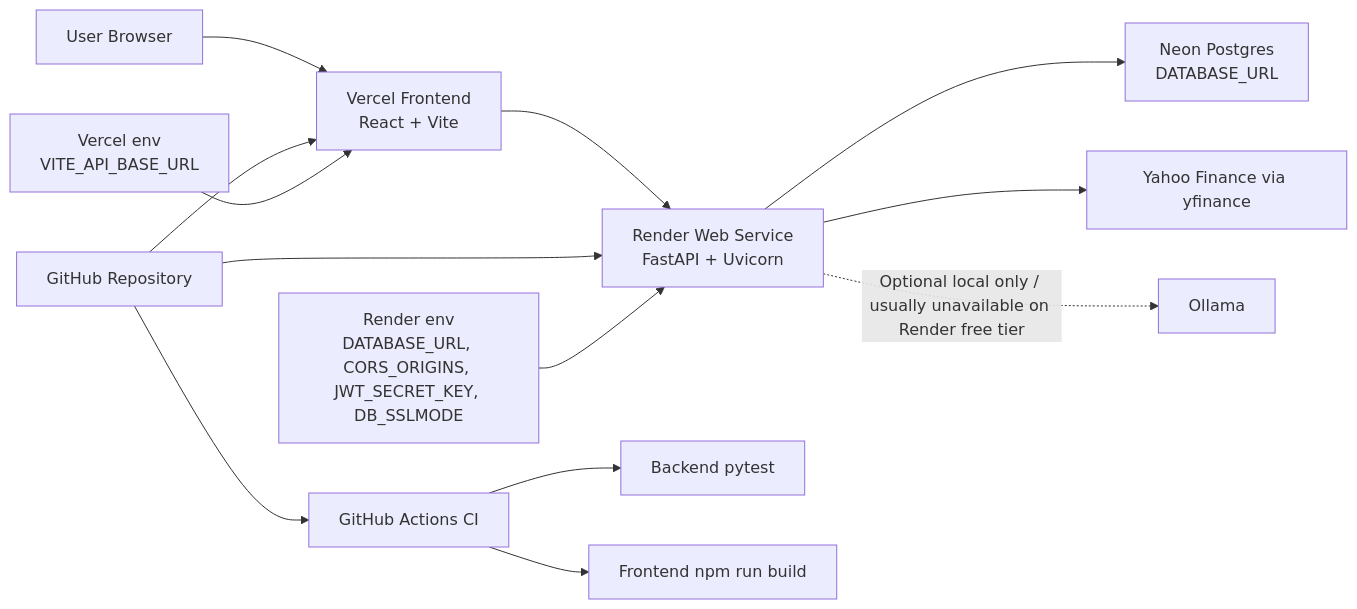
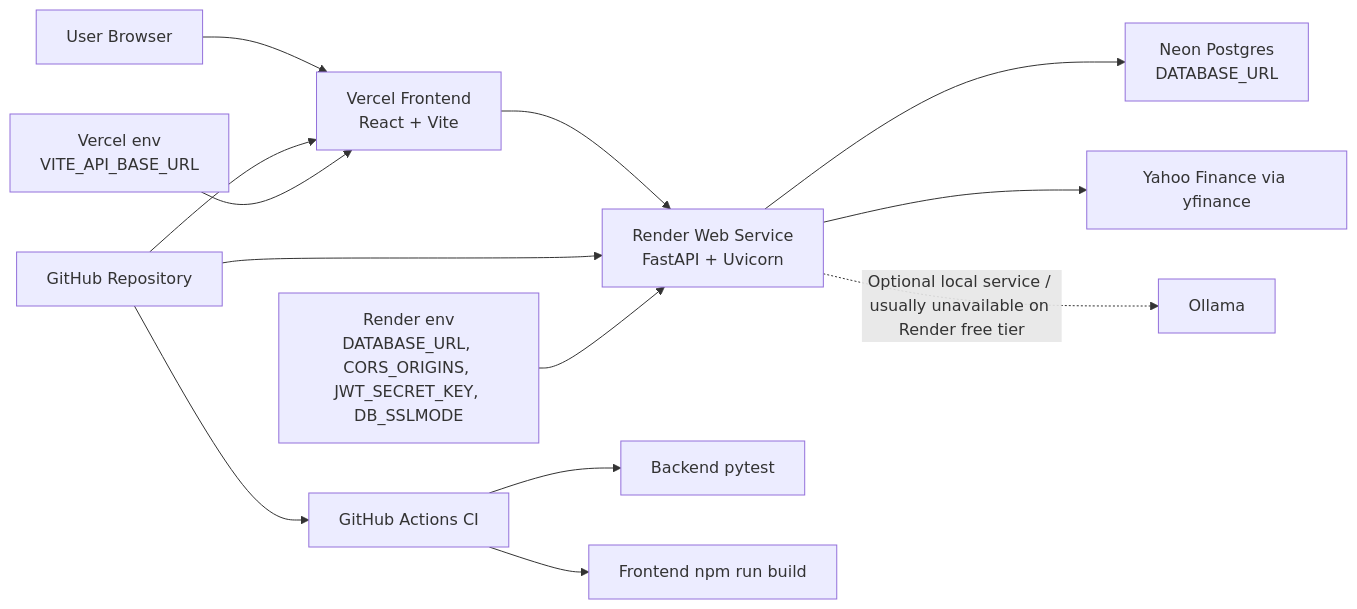
One commit to itzjiawei/investment-risk-platform changed the eighth of 9 diagrams in docs/ARCHITECTURE.md. Above: the diagram before and after it, drawn with Mermaid. The commit also changed other lines of this file and 2 other files, not shown here.

Commit message:
minor changes to documentations

````diff
--- a/docs/ARCHITECTURE.md
+++ b/docs/ARCHITECTURE.md
@@ -247,19 +247,19 @@
 ```mermaid
 flowchart LR
     Browser["User Browser"] --> Vercel["Vercel Frontend\nReact + Vite"]
     Vercel --> Render["Render Web Service\nFastAPI + Uvicorn"]
     Render --> Neon["Neon Postgres\nDATABASE_URL"]
 
     Render --> Yahoo["Yahoo Finance via yfinance"]
-    Render -. "Optional local only / usually unavailable on Render free tier" .-> Ollama["Ollama"]
+    Render -. "Optional local service / usually unavailable on Render free tier" .-> Ollama["Ollama"]
 
     GitHub["GitHub Repository"] --> Actions["GitHub Actions CI"]
     Actions --> BackendTests["Backend pytest"]
     Actions --> FrontendBuild["Frontend npm run build"]
 
     GitHub --> Vercel
     GitHub --> Render
 
     VercelEnv["Vercel env\nVITE_API_BASE_URL"] --> Vercel
     RenderEnv["Render env\nDATABASE_URL, CORS_ORIGINS, JWT_SECRET_KEY, DB_SSLMODE"] --> Render
 ```
````
